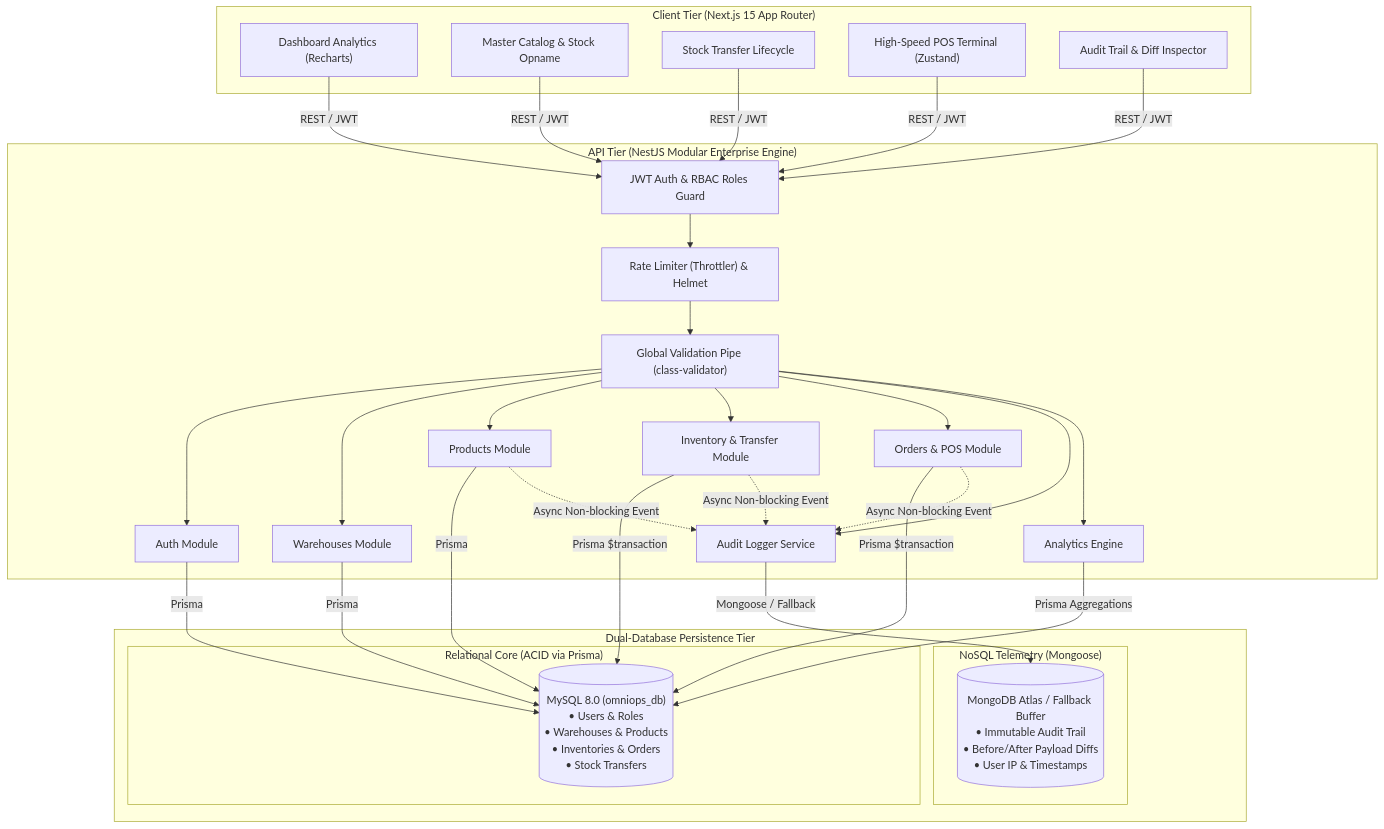
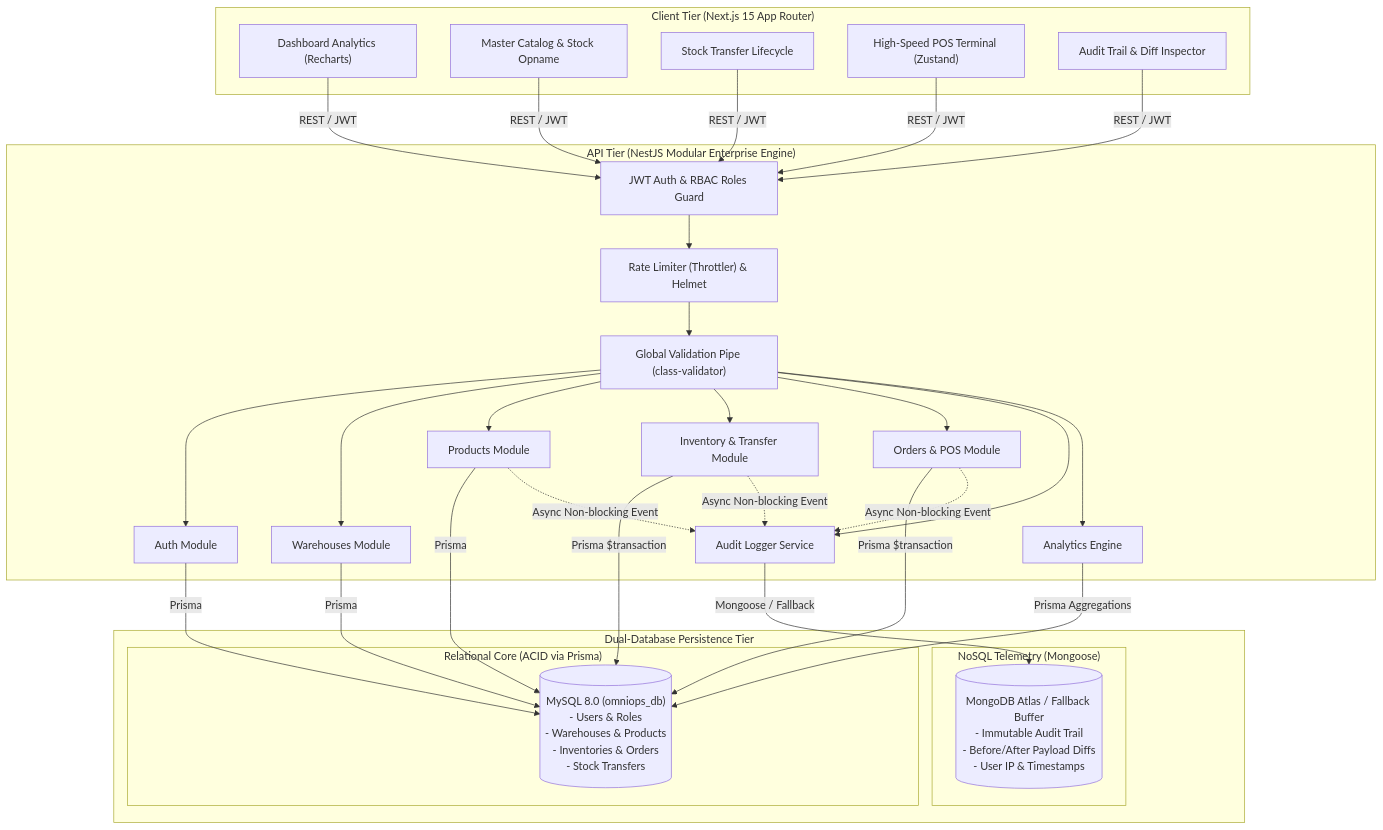
Before and after one commit to LESOTOLE/omniops: the first of 2 diagrams in README.md, drawn with Mermaid. The commit also changed other lines of this file, not shown here.

````diff
--- a/README.md
+++ b/README.md
@@ -36,62 +36,62 @@
 ```mermaid
 graph TD
     subgraph Client Tier ["Client Tier (Next.js 15 App Router)"]
         UI_Dash["Dashboard Analytics (Recharts)"]
         UI_Inv["Master Catalog & Stock Opname"]
         UI_Trans["Stock Transfer Lifecycle"]
         UI_POS["High-Speed POS Terminal (Zustand)"]
         UI_Audit["Audit Trail & Diff Inspector"]
     end
 
     subgraph APITier ["API Tier (NestJS Modular Enterprise Engine)"]
         Guard["JWT Auth & RBAC Roles Guard"]
         Pipe["Global Validation Pipe (class-validator)"]
         Throttle["Rate Limiter (Throttler) & Helmet"]
         
         Mod_Auth["Auth Module"]
         Mod_Wh["Warehouses Module"]
         Mod_Prod["Products Module"]
         Mod_Inv["Inventory & Transfer Module"]
         Mod_Ord["Orders & POS Module"]
         Mod_Aud["Audit Logger Service"]
         Mod_Ana["Analytics Engine"]
     end
 
     subgraph Persistence ["Dual-Database Persistence Tier"]
         subgraph Relational ["Relational Core (ACID via Prisma)"]
-            MySQL[("MySQL 8.0 (omniops_db)\n• Users & Roles\n• Warehouses & Products\n• Inventories & Orders\n• Stock Transfers")]
+            MySQL[("MySQL 8.0 (omniops_db)\n- Users & Roles\n- Warehouses & Products\n- Inventories & Orders\n- Stock Transfers")]
         end
         subgraph Document ["NoSQL Telemetry (Mongoose)"]
-            MongoDB[("MongoDB Atlas / Fallback Buffer\n• Immutable Audit Trail\n• Before/After Payload Diffs\n• User IP & Timestamps")]
+            MongoDB[("MongoDB Atlas / Fallback Buffer\n- Immutable Audit Trail\n- Before/After Payload Diffs\n- User IP & Timestamps")]
         end
     end
 
     UI_Dash -->|REST / JWT| Guard
     UI_Inv -->|REST / JWT| Guard
     UI_Trans -->|REST / JWT| Guard
     UI_POS -->|REST / JWT| Guard
     UI_Audit -->|REST / JWT| Guard
 
     Guard --> Throttle
     Throttle --> Pipe
 
     Pipe --> Mod_Auth
     Pipe --> Mod_Wh
     Pipe --> Mod_Prod
     Pipe --> Mod_Inv
     Pipe --> Mod_Ord
     Pipe --> Mod_Aud
     Pipe --> Mod_Ana
 
     Mod_Auth -->|Prisma| MySQL
     Mod_Wh -->|Prisma| MySQL
     Mod_Prod -->|Prisma| MySQL
     Mod_Inv -->|Prisma $transaction| MySQL
     Mod_Ord -->|Prisma $transaction| MySQL
     Mod_Ana -->|Prisma Aggregations| MySQL
 
     Mod_Inv -.->|Async Non-blocking Event| Mod_Aud
     Mod_Ord -.->|Async Non-blocking Event| Mod_Aud
     Mod_Prod -.->|Async Non-blocking Event| Mod_Aud
     Mod_Aud -->|Mongoose / Fallback| MongoDB
 ```
````
